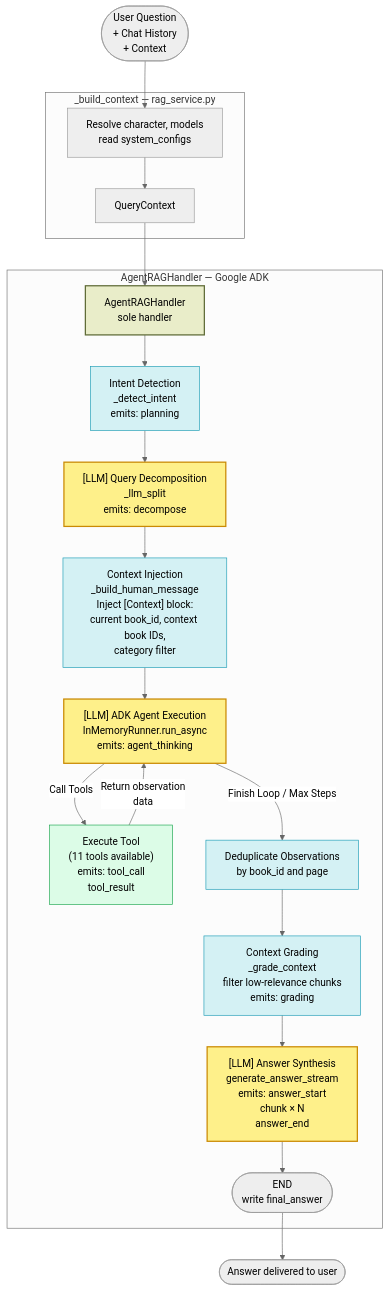
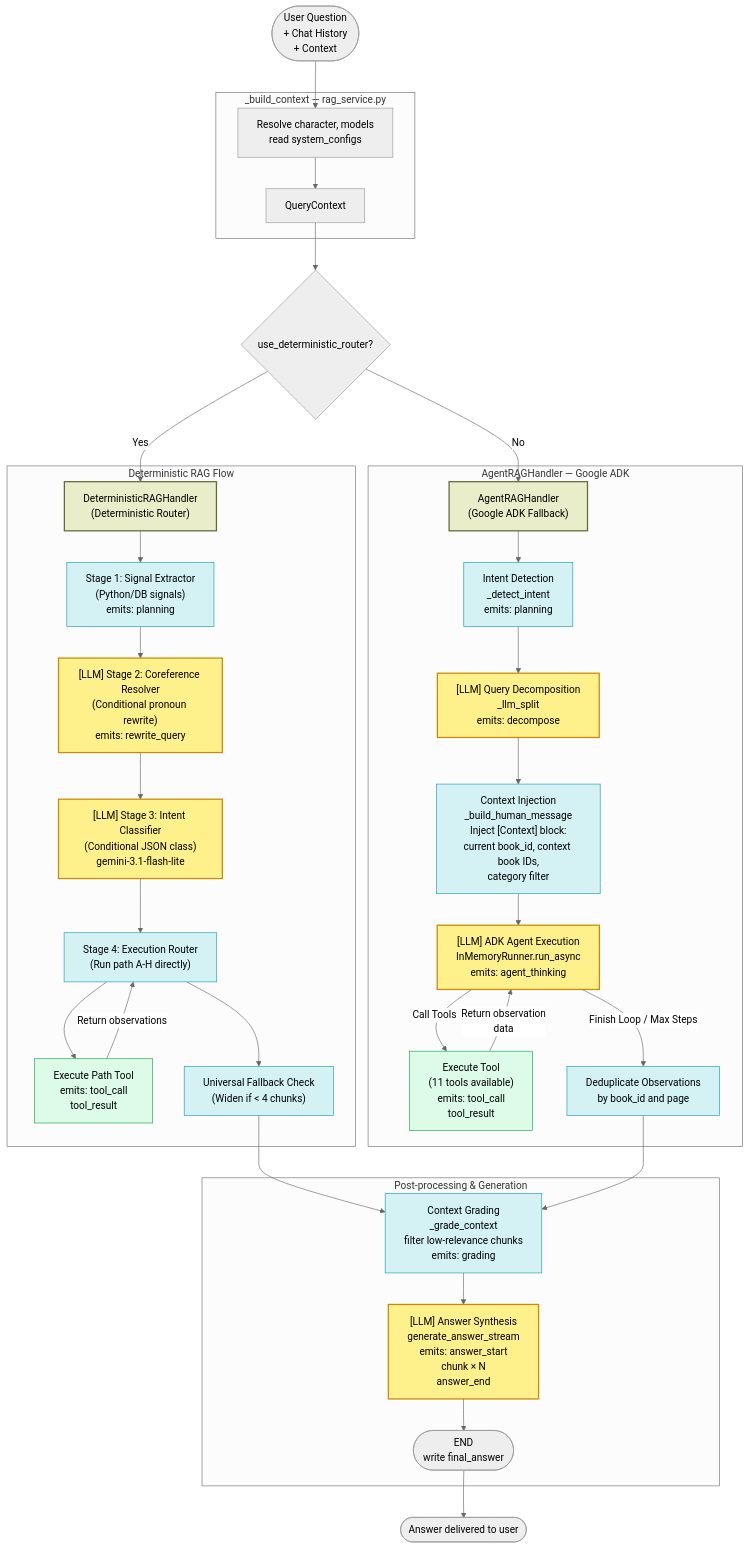
Before and after one commit to Kitabim-AI/kitabim-ai: the first of 3 diagrams in docs/main/QUESTION_ANSWERING_DIAGRAM.md, drawn with Mermaid (neutral theme). The commit also changed other lines of this file and 40 other files, not shown here.

Commit message:
feat: implement deterministic RAG routing, add configurable Gemini timeouts, and optimize vector embedding operations.

````diff
--- a/docs/main/QUESTION_ANSWERING_DIAGRAM.md
+++ b/docs/main/QUESTION_ANSWERING_DIAGRAM.md
@@ -9,40 +9,60 @@
 ```mermaid
 flowchart TD
     %% Entry
     Q(["User Question<br/>+ Chat History<br/>+ Context"]) --> BUILD
 
     %% Context build
     subgraph ContextBuild ["_build_context — rag_service.py"]
         BUILD["Resolve character, models<br/>read system_configs"] --> CTX[QueryContext]
     end
 
-    CTX --> H_AG
+    CTX --> ROUTE{use_deterministic_router?}
+
+    ROUTE -- Yes --> H_DET["DeterministicRAGHandler<br/>(Deterministic Router)"]
+    ROUTE -- No --> H_AG["AgentRAGHandler<br/>(Google ADK Fallback)"]
+
+    %% Deterministic Router Flow
+    subgraph DetRouter ["Deterministic RAG Flow"]
+        H_DET --> S1["Stage 1: Signal Extractor<br/>(Python/DB signals)<br/>emits: planning"]
+        S1 --> S2["[LLM] Stage 2: Coreference Resolver<br/>(Conditional pronoun rewrite)<br/>emits: rewrite_query"]
+        S2 --> S3["[LLM] Stage 3: Intent Classifier<br/>(Conditional JSON class)<br/>gemini-3.1-flash-lite"]
+        S3 --> S4["Stage 4: Execution Router<br/>(Run path A-H directly)"]
+        S4 --> T_DET["Execute Path Tool<br/>emits: tool_call<br/>tool_result"]
+        T_DET -->|Return observations| S4
+        S4 --> DET_MERGE["Universal Fallback Check<br/>(Widen if < 4 chunks)"]
+    end
 
     %% Agentic RAG — Google ADK Execution Flow
     subgraph AgentRAG ["AgentRAGHandler — Google ADK"]
-        H_AG["AgentRAGHandler<br/>sole handler"] --> INTENT["Intent Detection<br/>_detect_intent<br/>emits: planning"]
+        H_AG --> INTENT["Intent Detection<br/>_detect_intent<br/>emits: planning"]
         INTENT --> DECOMP["[LLM] Query Decomposition<br/>_llm_split<br/>emits: decompose"]
         DECOMP --> CTX_INJ["Context Injection<br/>_build_human_message<br/>Inject [Context] block:<br/>current book_id, context book IDs,<br/>category filter"]
         CTX_INJ --> ADK["[LLM] ADK Agent Execution<br/>InMemoryRunner.run_async<br/>emits: agent_thinking"]
 
         ADK -->|Call Tools| TOOL["Execute Tool<br/>(11 tools available)<br/>emits: tool_call<br/>tool_result"]
         TOOL -->|Return observation<br/>data| ADK
 
         ADK -->|Finish Loop / Max Steps| DEDUP["Deduplicate Observations<br/>by book_id and page"]
-        DEDUP --> GRADE["Context Grading<br/>_grade_context<br/>filter low-relevance chunks<br/>emits: grading"]
+    end
+
+    DET_MERGE --> GRADE
+    DEDUP --> GRADE
+
+    subgraph PostProcess ["Post-processing & Generation"]
+        GRADE["Context Grading<br/>_grade_context<br/>filter low-relevance chunks<br/>emits: grading"]
         GRADE --> SYNTHESIS["[LLM] Answer Synthesis<br/>generate_answer_stream<br/>emits: answer_start<br/>chunk × N<br/>answer_end"]
         SYNTHESIS --> END_AG(["END<br/>write final_answer"])
     end
 
     END_AG --> ANS(["Answer delivered to user"])
 
     classDef handler fill:#e9edc9,stroke:#606c38,stroke-width:2px
     classDef tool fill:#dcfce7,stroke:#16a34a,stroke-width:1px
     classDef process fill:#d4f1f4,stroke:#189ab4,stroke-width:1px
     classDef llm fill:#fef08a,stroke:#ca8a04,stroke-width:2px
 
-    class H_AG handler
-    class TOOL tool
-    class INTENT,CTX_INJ,DEDUP,GRADE process
-    class DECOMP,ADK,SYNTHESIS llm
+    class H_AG,H_DET handler
+    class TOOL,T_DET tool
+    class INTENT,CTX_INJ,DEDUP,GRADE,S1,S4,DET_MERGE process
+    class DECOMP,ADK,SYNTHESIS,S2,S3 llm
 ```
````
